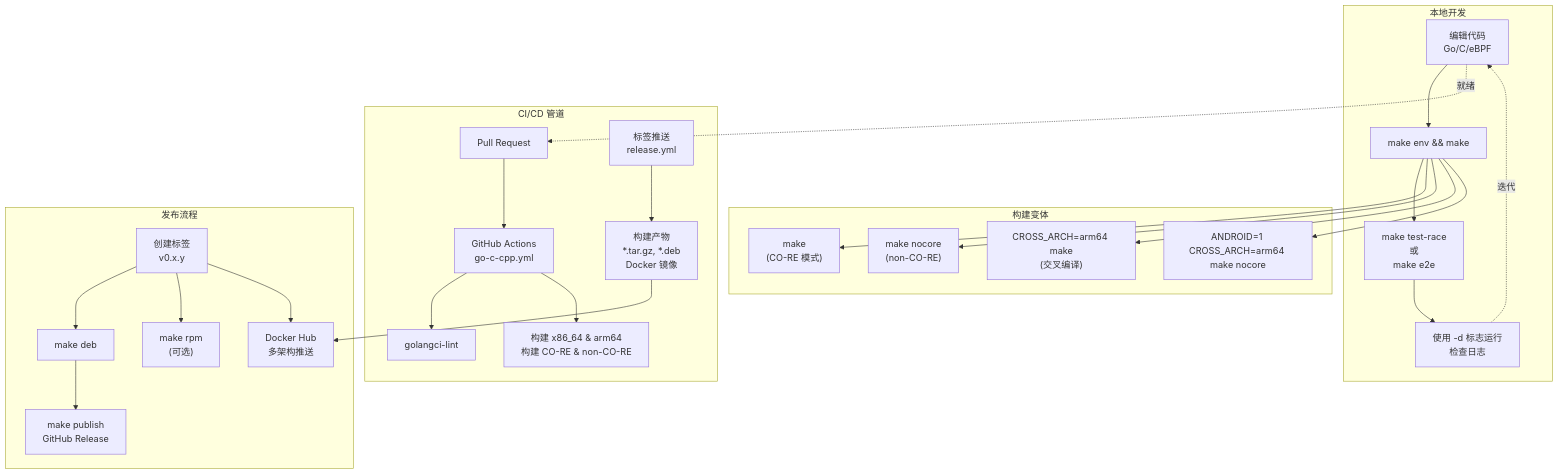
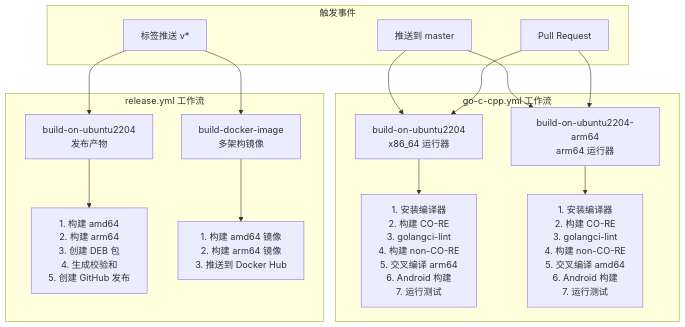
One commit to gojue/ecapture.cc changed the fourth of 5 diagrams in src/zh/5-development-guide/index.md. Above: the diagram before and after it, drawn with Mermaid. The commit also changed other lines of this file and 115 other files, not shown here.

````diff
--- a/src/zh/5-development-guide/index.md
+++ b/src/zh/5-development-guide/index.md
@@ -287,56 +354,39 @@
 ```mermaid
 graph TB
-    subgraph "本地开发"
-        EDIT["编辑代码<br/>Go/C/eBPF"]
-        COMPILE["make env && make"]
-        TEST["make test-race<br/>或<br/>make e2e"]
-        DEBUG["使用 -d 标志运行<br/>检查日志"]
-        
-        EDIT --> COMPILE
-        COMPILE --> TEST
-        TEST --> DEBUG
-        DEBUG -.->|"迭代"| EDIT
+    subgraph "触发事件"
+        Push[推送到 master]
+        PR[Pull Request]
+        Tag[标签推送 v*]
     end
     
-    subgraph "构建变体"
-        CORE["make<br/>(CO-RE 模式)"]
-        NONCORE["make nocore<br/>(non-CO-RE)"]
-        CROSS["CROSS_ARCH=arm64 make<br/>(交叉编译)"]
-        ANDROID["ANDROID=1 CROSS_ARCH=arm64 make nocore"]
+    subgraph "go-c-cpp.yml 工作流"
+        Job1[build-on-ubuntu2204<br/>x86_64 运行器]
+        Job2[build-on-ubuntu2204-arm64<br/>arm64 运行器]
         
-        COMPILE --> CORE
-        COMPILE --> NONCORE
-        COMPILE --> CROSS
-        COMPILE --> ANDROID
+        Job1Steps["1. 安装编译器<br/>2. 构建 CO-RE<br/>3. golangci-lint<br/>4. 构建 non-CO-RE<br/>5. 交叉编译 arm64<br/>6. Android 构建<br/>7. 运行测试"]
+        
+        Job2Steps["1. 安装编译器<br/>2. 构建 CO-RE<br/>3. golangci-lint<br/>4. 构建 non-CO-RE<br/>5. 交叉编译 amd64<br/>6. Android 构建<br/>7. 运行测试"]
+        
+        Job1 --> Job1Steps
+        Job2 --> Job2Steps
     end
     
-    subgraph "CI/CD 管道"
-        PR["Pull Request"]
-        CITEST["GitHub Actions<br/>go-c-cpp.yml"]
-        LINT["golangci-lint"]
-        MULTIARCH["构建 x86_64 & arm64<br/>构建 CO-RE & non-CO-RE"]
-        RELEASE["标签推送<br/>release.yml"]
-        ARTIFACTS["构建产物<br/>*.tar.gz, *.deb<br/>Docker 镜像"]
+    subgraph "release.yml 工作流"
+        ReleaseJob1[build-on-ubuntu2204<br/>发布产物]
+        ReleaseJob2[build-docker-image<br/>多架构镜像]
         
-        PR --> CITEST
-        CITEST --> LINT
-        CITEST --> MULTIARCH
-        RELEASE --> ARTIFACTS
+        ReleaseSteps["1. 构建 amd64<br/>2. 构建 arm64<br/>3. 创建 DEB 包<br/>4. 生成校验和<br/>5. 创建 GitHub 发布"]
+        
+        DockerSteps["1. 构建 amd64 镜像<br/>2. 构建 arm64 镜像<br/>3. 推送到 Docker Hub"]
+        
+        ReleaseJob1 --> ReleaseSteps
+        ReleaseJob2 --> DockerSteps
     end
     
-    subgraph "发布流程"
-        TAG["创建标签<br/>v0.x.y"]
-        BUILDRPM["make rpm<br/>(可选)"]
-        BUILDDEB["make deb"]
-        PUBLISH["make publish<br/>GitHub Release"]
-        DOCKER["Docker Hub<br/>多架构推送"]
-        
-        TAG --> BUILDDEB
-        TAG --> BUILDRPM
-        TAG --> DOCKER
-        BUILDDEB --> PUBLISH
-    end
-    
-    EDIT -.->|"就绪"| PR
-    ARTIFACTS --> DOCKER
+    Push --> Job1
+    Push --> Job2
+    PR --> Job1
+    PR --> Job2
+    Tag --> ReleaseJob1
+    Tag --> ReleaseJob2
 ```
````
